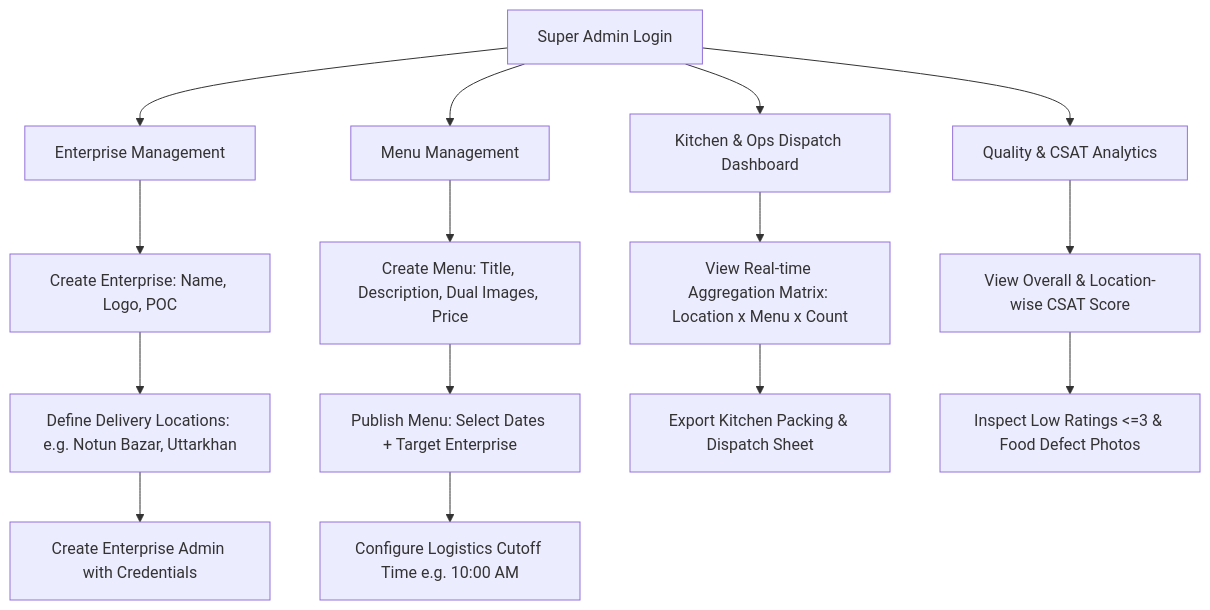
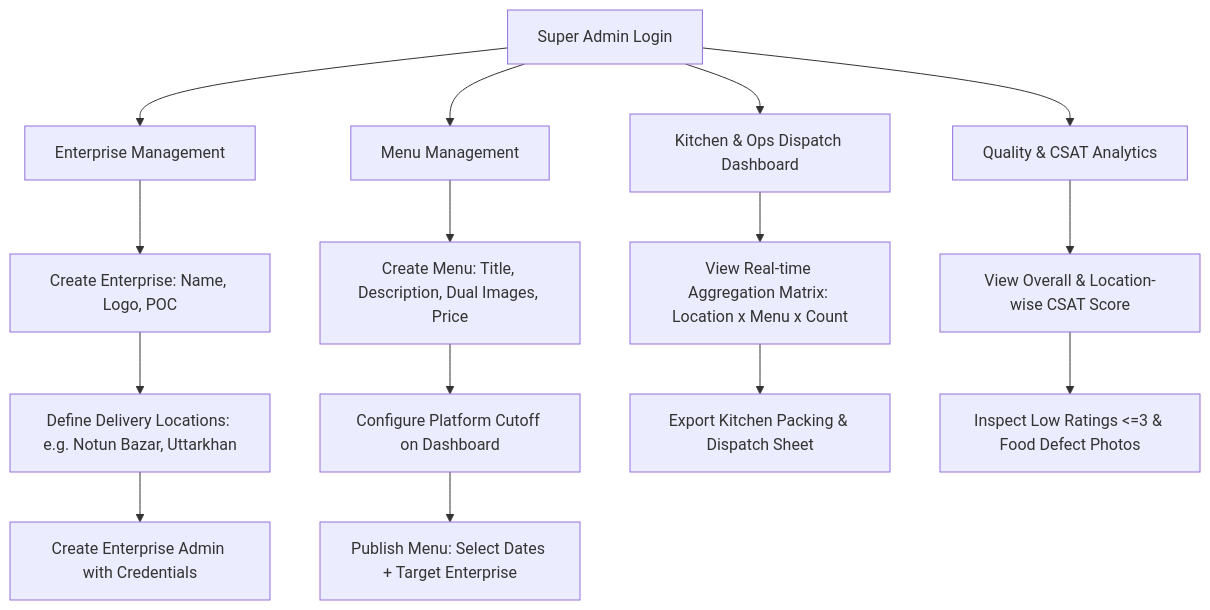
One commit to live-technology/aamish changed the first of 4 diagrams in docs/user-journeys.md. Above: the diagram before and after it, drawn with Mermaid. The commit also changed other lines of this file and 244 other files, not shown here.

````diff
--- a/docs/user-journeys.md
+++ b/docs/user-journeys.md
@@ -18,20 +18,20 @@
 ```mermaid
 flowchart TD
     A[Super Admin Login] --> B[Enterprise Management]
     B --> B1[Create Enterprise: Name, Logo, POC]
     B1 --> B2[Define Delivery Locations: e.g. Notun Bazar, Uttarkhan]
     B2 --> B3[Create Enterprise Admin with Credentials]
 
     A --> C[Menu Management]
     C --> C1[Create Menu: Title, Description, Dual Images, Price]
-    C1 --> C2[Publish Menu: Select Dates + Target Enterprise]
-    C2 --> C3[Configure Logistics Cutoff Time e.g. 10:00 AM]
+    C1 --> C2[Configure Platform Cutoff on Dashboard]
+    C2 --> C3[Publish Menu: Select Dates + Target Enterprise]
 
     A --> D[Kitchen & Ops Dispatch Dashboard]
     D --> D1[View Real-time Aggregation Matrix: Location x Menu x Count]
     D1 --> D2[Export Kitchen Packing & Dispatch Sheet]
 
     A --> E[Quality & CSAT Analytics]
     E --> E1[View Overall & Location-wise CSAT Score]
     E1 --> E2[Inspect Low Ratings <=3 & Food Defect Photos]
 ```
````
